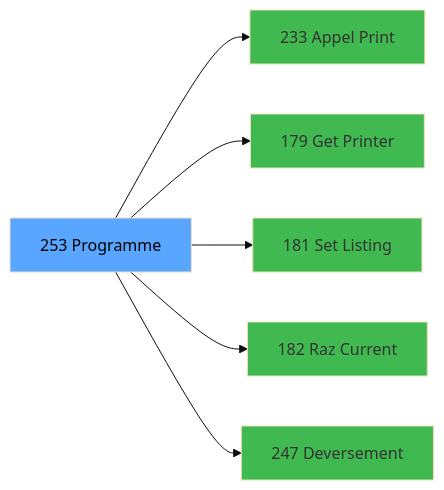
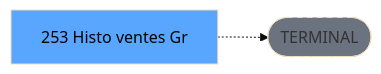
One commit to thonyAGP/lecteur-magic changed the third of 3 diagrams in .openspec/renders/ADH-IDE-253.md. Above: the diagram before and after it, drawn with Mermaid (base theme). The commit also changed other lines of this file and 701 other files, not shown here.

````diff
--- a/.openspec/renders/ADH-IDE-253.md
+++ b/.openspec/renders/ADH-IDE-253.md
@@ -182,20 +152,8 @@
 ```mermaid
 graph LR
-    T[253 Programme]
-    C233[233 Appel Print ]
-    T --> C233
-    C179[179 Get Printer]
-    T --> C179
-    C181[181 Set Listing ]
-    T --> C181
-    C182[182 Raz Current ]
-    T --> C182
-    C247[247 Deversement ]
-    T --> C247
+    T[253 Histo ventes Gr]
+    TERM([TERMINAL])
+    T -.-> TERM
+    style TERM fill:#6b7280,stroke-dasharray: 5 5
     style T fill:#58a6ff,color:#000
-    style C233 fill:#3fb950
-    style C179 fill:#3fb950
-    style C181 fill:#3fb950
-    style C182 fill:#3fb950
-    style C247 fill:#3fb950
 ```
````
